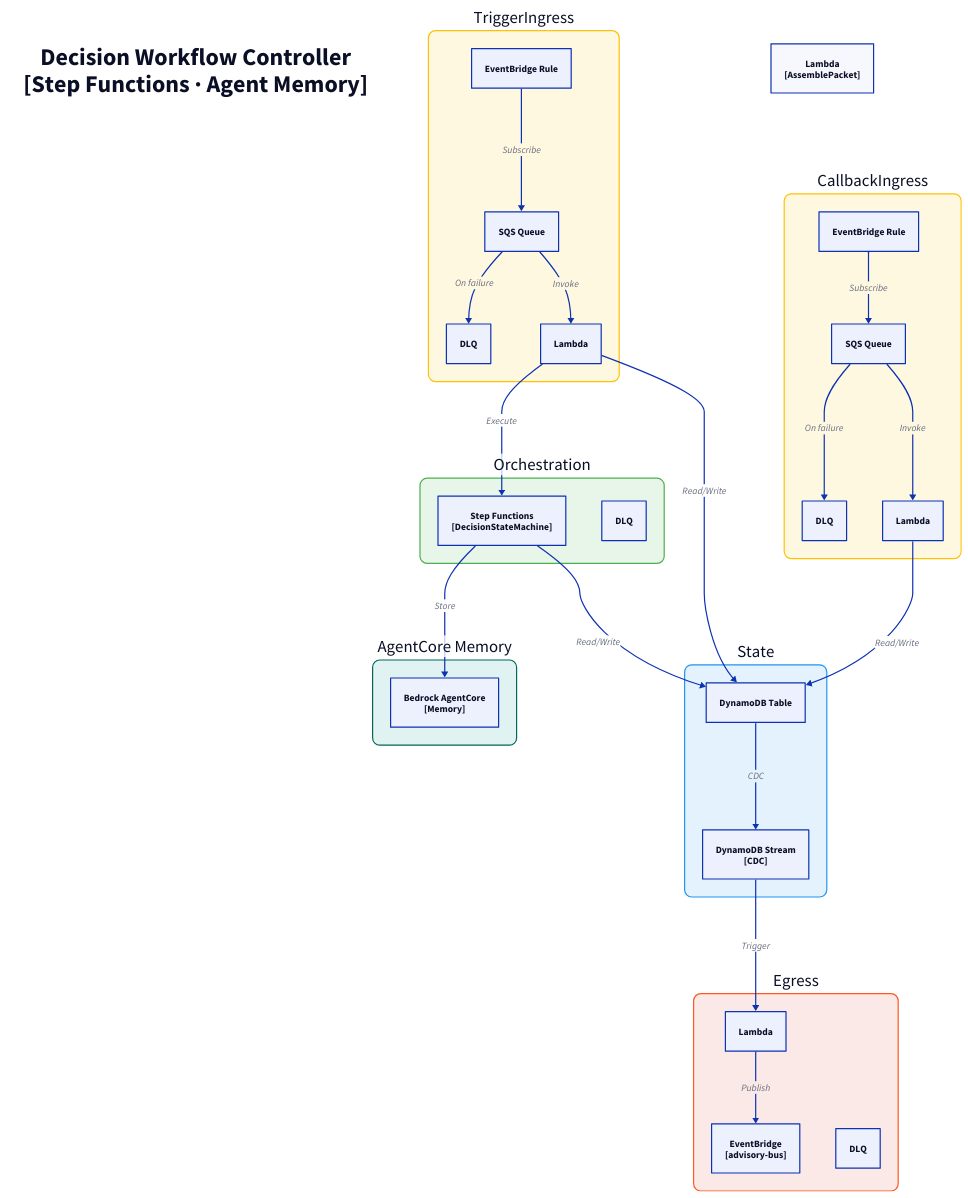
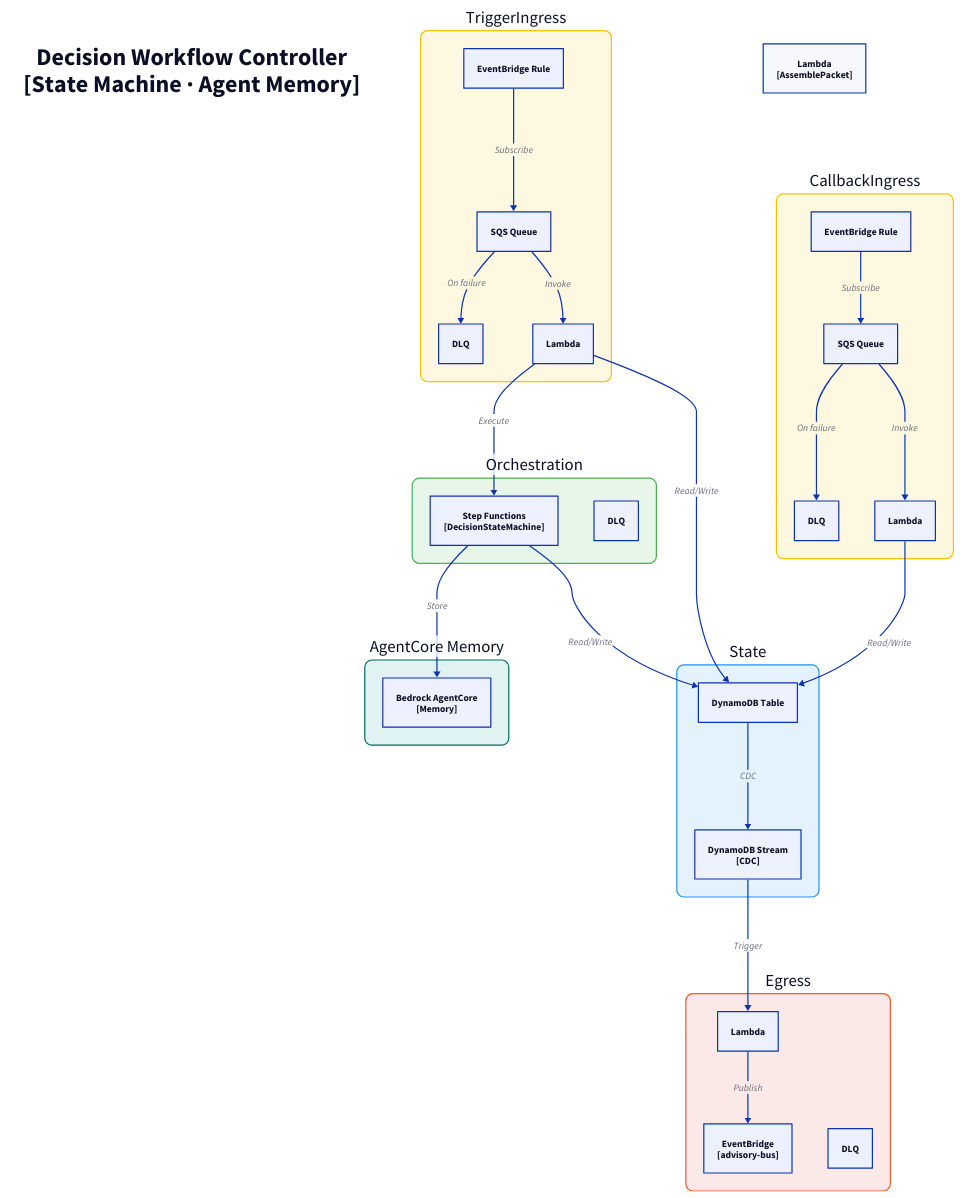
The diagram in docs/architecture/c3/decision-workflow-ctrl.d2 (fabio-vitali/nestfolio), drawn with D2 before and after one commit. The commit also changed 32 other files, not shown here.

Commit message:
fix: c4 diagram fixes

```diff
--- a/docs/architecture/c3/decision-workflow-ctrl.d2
+++ b/docs/architecture/c3/decision-workflow-ctrl.d2
@@ -1,66 +1,66 @@
 direction: down
 
-title: "Decision Workflow Controller\n[Step Functions · Agent Memory]" {
+title: "Decision Workflow Controller\n[State Machine · Agent Memory]" {
   style: { font-size: 40; bold: true; fill: transparent; stroke: transparent }
 }
 
 trigger-ingress: "TriggerIngress" {
   style: { fill: "#FFF8E1"; stroke: "#FFC107"; border-radius: 12; font-size: 28 }
   rule: "EventBridge Rule" { class: aws-eventbridge }
   sqs: "SQS Queue" { class: aws-sqs }
   dlq: "DLQ" { class: aws-dlq }
   handler: "Lambda" { class: aws-lambda }
 
   rule -> sqs: Subscribe
   sqs -> handler: Invoke
   sqs -> dlq: On failure
 }
 
 callback-ingress: "CallbackIngress" {
   style: { fill: "#FFF8E1"; stroke: "#FFC107"; border-radius: 12; font-size: 28 }
   rule: "EventBridge Rule" { class: aws-eventbridge }
   sqs: "SQS Queue" { class: aws-sqs }
   dlq: "DLQ" { class: aws-dlq }
   handler: "Lambda" { class: aws-lambda }
 
   rule -> sqs: Subscribe
   sqs -> handler: Invoke
   sqs -> dlq: On failure
 }
 
 state: "State" {
   style: { fill: "#E3F2FD"; stroke: "#2196F3"; border-radius: 12; font-size: 28 }
   table: "DynamoDB Table" { class: aws-dynamodb }
   stream: "DynamoDB Stream\n[CDC]" { class: aws-ddb-stream }
   table -> stream: CDC
 }
 
 egress: "Egress" {
   style: { fill: "#FBE9E7"; stroke: "#FF5722"; border-radius: 12; font-size: 28 }
   processor: "Lambda" { class: aws-lambda }
   bus: "EventBridge\n[advisory-bus]" { class: aws-eventbridge }
   dlq: "DLQ" { class: aws-dlq }
 
   processor -> bus: Publish
 }
 
 decision-state-machine: "Orchestration" {
   style: { fill: "#E8F5E9"; stroke: "#4CAF50"; border-radius: 12; font-size: 28 }
   state-machine: "Step Functions\n[DecisionStateMachine]" { class: aws-stepfunctions }
   dlq: "DLQ" { class: aws-dlq }
 }
 
 agent-memory: "AgentCore Memory" {
   style: { fill: "#E0F2F1"; stroke: "#00695C"; border-radius: 12; font-size: 28 }
   memory: "Bedrock AgentCore\n[Memory]" { class: aws-bedrock }
 }
 
 assemble-packet: "Lambda\n[AssemblePacket]" { class: aws-lambda }
 
 # Flows
 trigger-ingress.handler -> state.table: Read/Write
 callback-ingress.handler -> state.table: Read/Write
 state.stream -> egress.processor: Trigger
 trigger-ingress.handler -> decision-state-machine.state-machine: Execute
 decision-state-machine.state-machine -> state.table: Read/Write
 decision-state-machine.state-machine -> agent-memory.memory: Store
```
